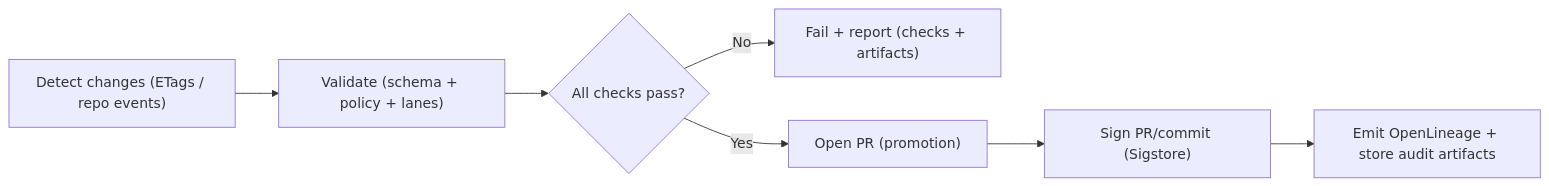
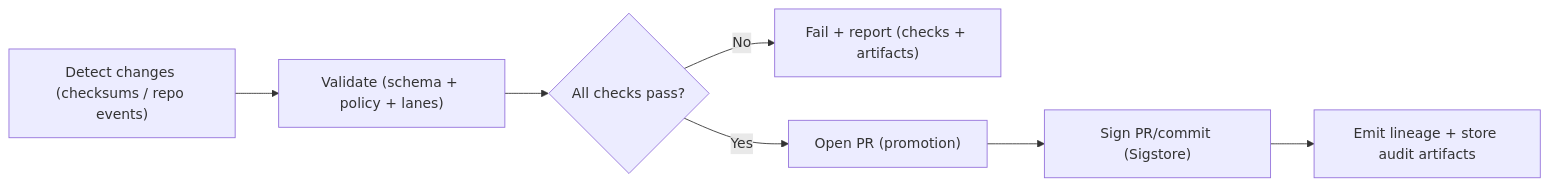
One commit to bartytime4life/Kansas-Frontier-Matrix changed the second of 2 diagrams in docs/governance/README.md. Above: the diagram before and after it, drawn with Mermaid. The commit also changed other lines of this file, not shown here.

```diff
--- a/docs/governance/README.md
+++ b/docs/governance/README.md
@@ -313,9 +342,9 @@
 ~~~mermaid
 flowchart LR
-  A["Detect changes (ETags / repo events)"] --> B["Validate (schema + policy + lanes)"]
+  A["Detect changes (checksums / repo events)"] --> B["Validate (schema + policy + lanes)"]
   B --> C{"All checks pass?"}
   C -- "No" --> D["Fail + report (checks + artifacts)"]
   C -- "Yes" --> E["Open PR (promotion)"]
   E --> F["Sign PR/commit (Sigstore)"]
-  F --> G["Emit OpenLineage + store audit artifacts"]
+  F --> G["Emit lineage + store audit artifacts"]
 ~~~
```
